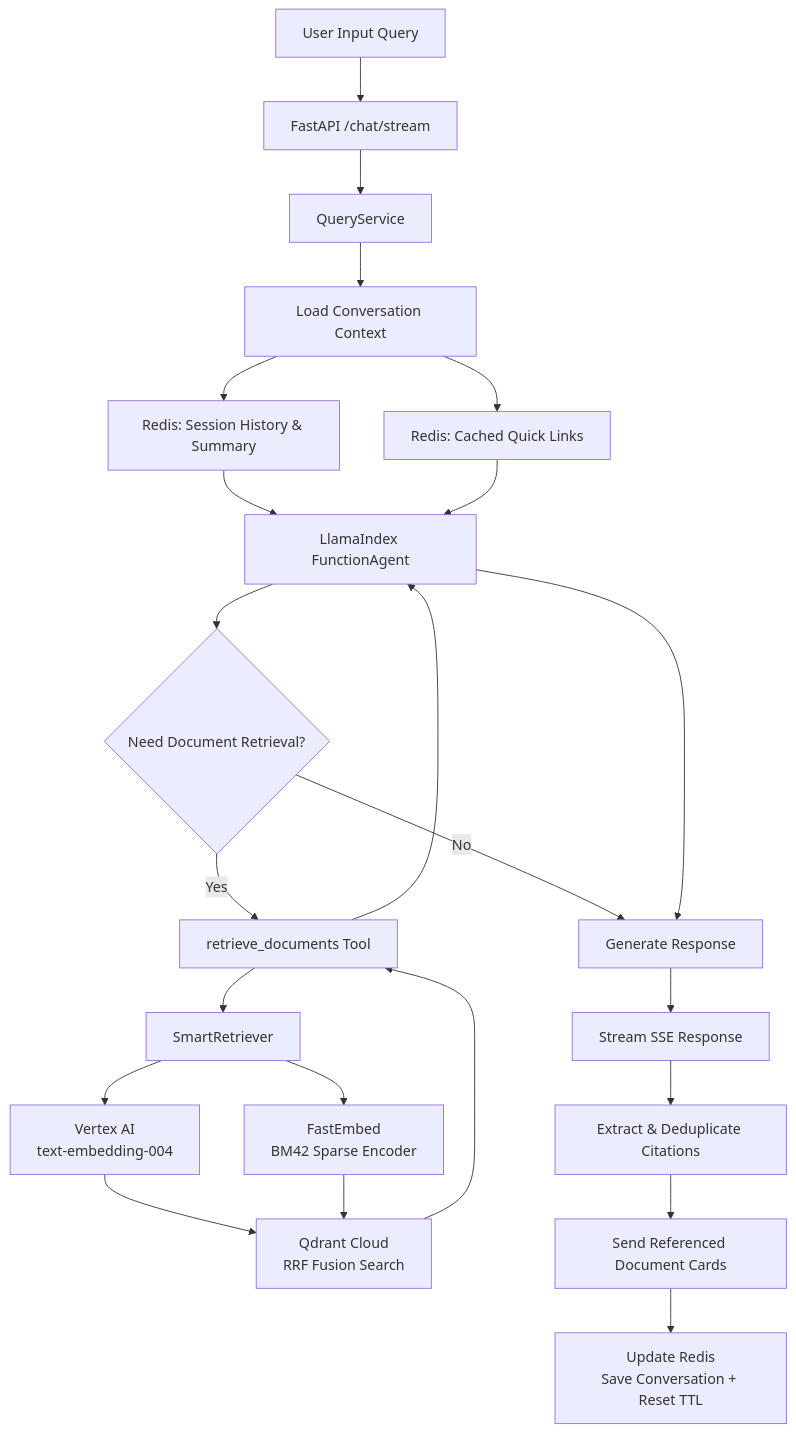
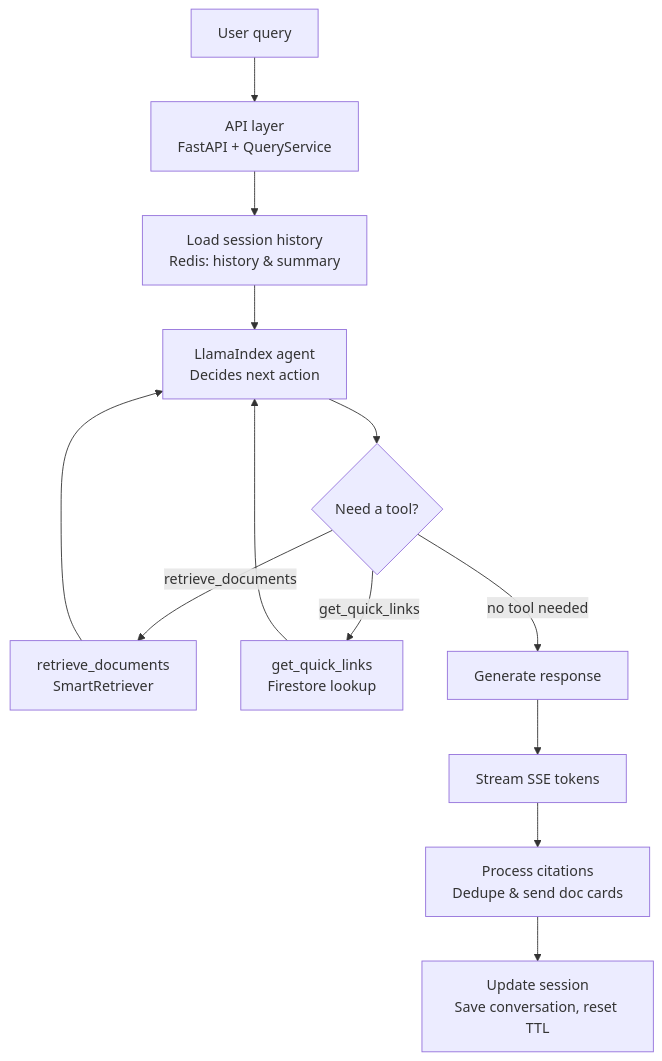
The first of 4 diagrams in README.md (piyushkeshri8912/GN-Saarthi), drawn with Mermaid before and after one commit. The commit also changed other lines of this file and 1 other file, not shown here.

````diff
--- a/README.md
+++ b/README.md
@@ -44,39 +42,22 @@
 ```mermaid
-graph TD
-    A[User Input Query] --> B[FastAPI /chat/stream]
-    B --> C[QueryService]
-
-    %% Context Preparation
-    C --> D[Load Conversation Context]
-    D --> D1[Redis: Session History & Summary]
-    D --> D2[Redis: Cached Quick Links]
-
-    D1 --> E[LlamaIndex FunctionAgent]
-    D2 --> E
-
-    %% Agent Decision
-    E --> F{Need Document Retrieval?}
-
-    %% Retrieval Pipeline
-    F -- Yes --> G[retrieve_documents Tool]
-    G --> H[SmartRetriever]
-
-    H --> I[Vertex AI<br/>text-embedding-004]
-    H --> J[FastEmbed<br/>BM42 Sparse Encoder]
-
-    I --> K[Qdrant Cloud<br/>RRF Fusion Search]
-    J --> K
-
-    K --> G
-    G --> E
-
-    %% Direct Response
-    F -- No --> L[Generate Response]
-    E --> L
-
-    %% Streaming Pipeline
-    L --> M[Stream SSE Response]
-    M --> N[Extract & Deduplicate Citations]
-    N --> O[Send Referenced Document Cards]
-    O --> P[Update Redis<br/>Save Conversation + Reset TTL]
+flowchart TD
+    A[User query] --> B[API layer<br/>FastAPI + QueryService]
+    B --> C[Load session history<br/>Redis: history & summary]
+    C --> D[LlamaIndex agent<br/>Decides next action]
+    
+    %% Decision Node
+    D --> E{Need a tool?}
+    
+    %% Tool Execution Loops
+    E -->|retrieve_documents| F[retrieve_documents<br/>SmartRetriever]
+    F --> D
+    
+    E -->|get_quick_links| G[get_quick_links<br/>Firestore lookup]
+    G --> D
+    
+    %% Linear Downward Flow
+    E -->|no tool needed| H[Generate response]
+    H --> I[Stream SSE tokens]
+    I --> J[Process citations<br/>Dedupe & send doc cards]
+    J --> K[Update session<br/>Save conversation, reset TTL]
 ```
````
